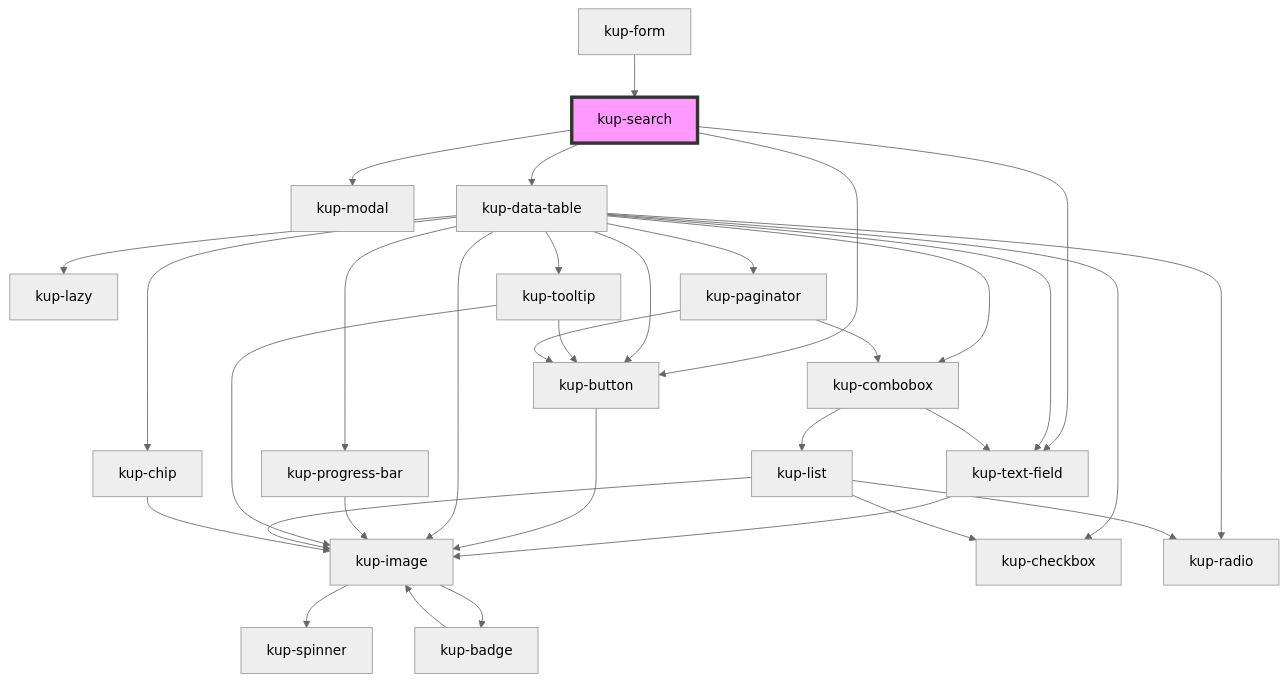
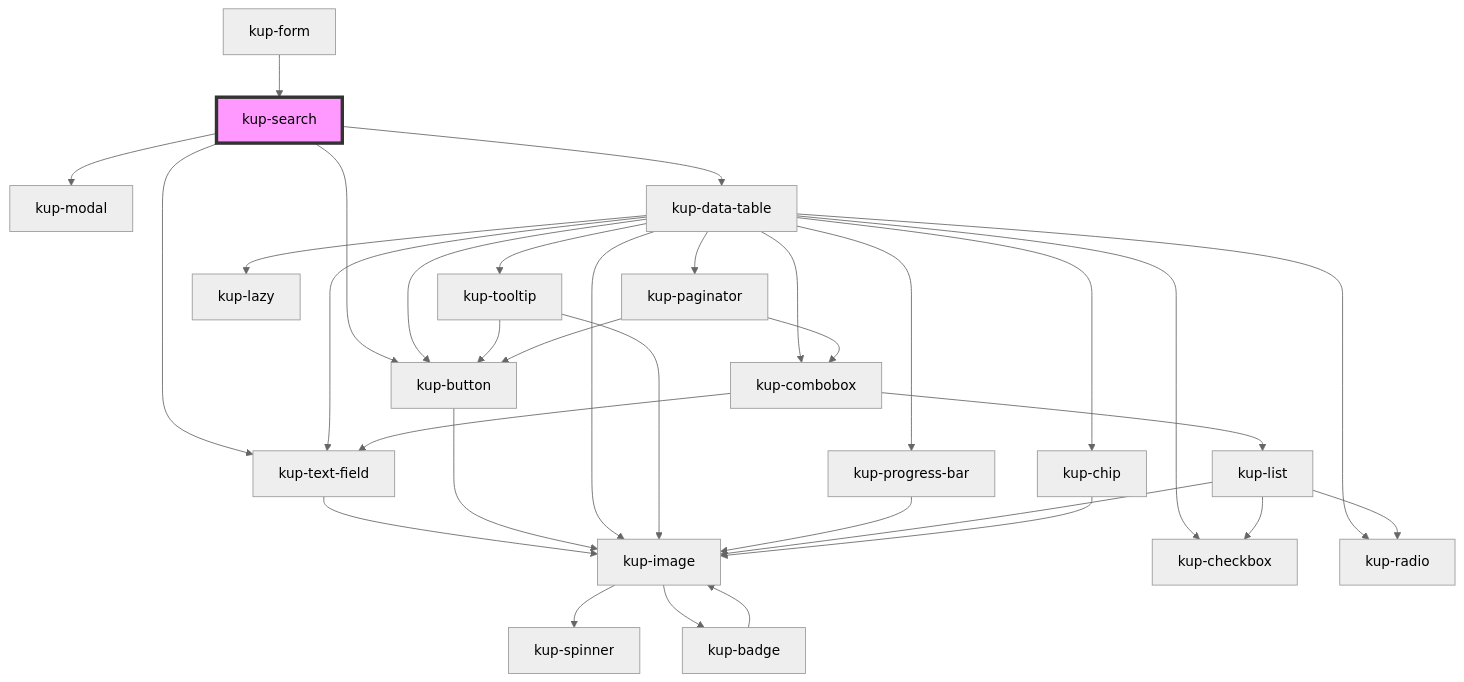
Before and after one commit to smeup/ketchup: the diagram in packages/ketchup/src/components/kup-search/readme.md, drawn with Mermaid (neutral theme). The commit also changed other lines of this file and 10 other files, not shown here.

Commit message:
kup-data-table: manage only one kup-tooltip element for table, witch moves on cell with focus

````diff
--- a/packages/ketchup/src/components/kup-search/readme.md
+++ b/packages/ketchup/src/components/kup-search/readme.md
@@ -43,36 +43,36 @@
 ```mermaid
 graph TD;
   kup-search --> kup-text-field
   kup-search --> kup-button
   kup-search --> kup-modal
   kup-search --> kup-data-table
   kup-text-field --> kup-image
   kup-image --> kup-spinner
   kup-image --> kup-badge
   kup-badge --> kup-image
   kup-button --> kup-image
   kup-data-table --> kup-checkbox
   kup-data-table --> kup-button
   kup-data-table --> kup-image
   kup-data-table --> kup-text-field
+  kup-data-table --> kup-tooltip
   kup-data-table --> kup-lazy
   kup-data-table --> kup-progress-bar
   kup-data-table --> kup-radio
-  kup-data-table --> kup-tooltip
   kup-data-table --> kup-paginator
   kup-data-table --> kup-combobox
   kup-data-table --> kup-chip
-  kup-progress-bar --> kup-image
   kup-tooltip --> kup-button
   kup-tooltip --> kup-image
+  kup-progress-bar --> kup-image
   kup-paginator --> kup-button
   kup-paginator --> kup-combobox
   kup-combobox --> kup-text-field
   kup-combobox --> kup-list
   kup-list --> kup-image
   kup-list --> kup-radio
   kup-list --> kup-checkbox
   kup-chip --> kup-image
   kup-form --> kup-search
   style kup-search fill:#f9f,stroke:#333,stroke-width:4px
 ```
````
